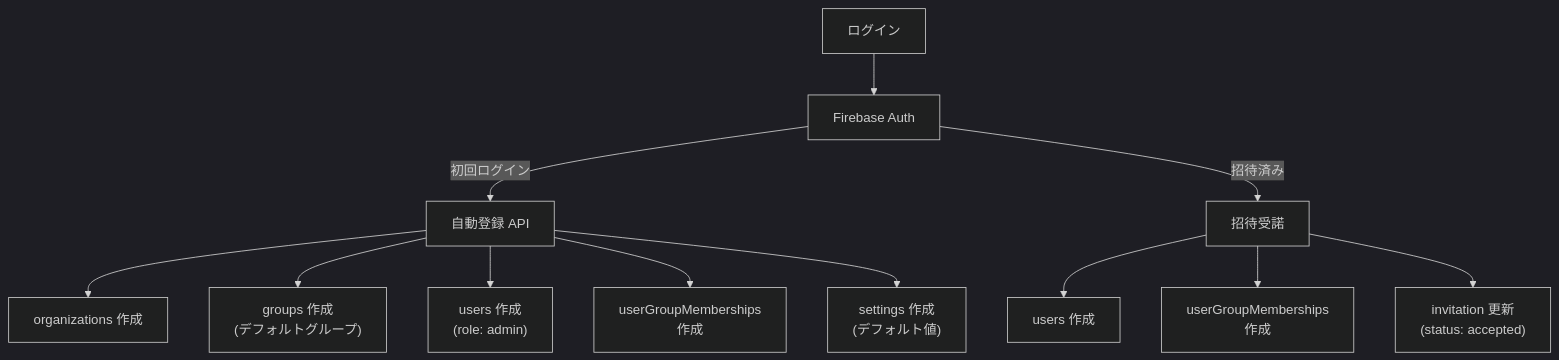
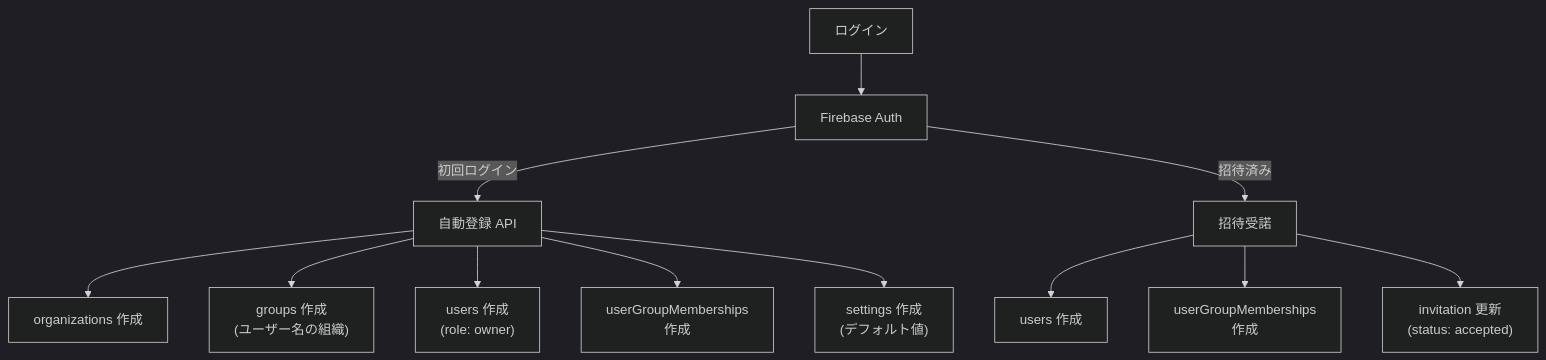
Before and after one commit to higepapa-hinaleon/kotonoha: the fifth of 5 diagrams in docs/system/data-design.md, drawn with Mermaid (dark theme). The commit also changed 8 other files, not shown here.

````diff
--- a/docs/system/data-design.md
+++ b/docs/system/data-design.md
@@ -647,15 +647,15 @@
 ```mermaid
 flowchart TD
     Login["ログイン"] --> FBAuth["Firebase Auth"]
     FBAuth -->|初回ログイン| Register["自動登録 API"]
     Register --> CreateOrg["organizations 作成"]
-    Register --> CreateGroup["groups 作成<br/>(デフォルトグループ)"]
-    Register --> CreateUser["users 作成<br/>(role: admin)"]
+    Register --> CreateGroup["groups 作成<br/>(ユーザー名の組織)"]
+    Register --> CreateUser["users 作成<br/>(role: owner)"]
     Register --> CreateMembership["userGroupMemberships<br/>作成"]
     Register --> CreateSettings["settings 作成<br/>(デフォルト値)"]
 
     FBAuth -->|招待済み| AcceptInvite["招待受諾"]
     AcceptInvite --> CreateUser2["users 作成"]
     AcceptInvite --> CreateMembership2["userGroupMemberships<br/>作成"]
     AcceptInvite --> UpdateInvite["invitation 更新<br/>(status: accepted)"]
 ```
````
